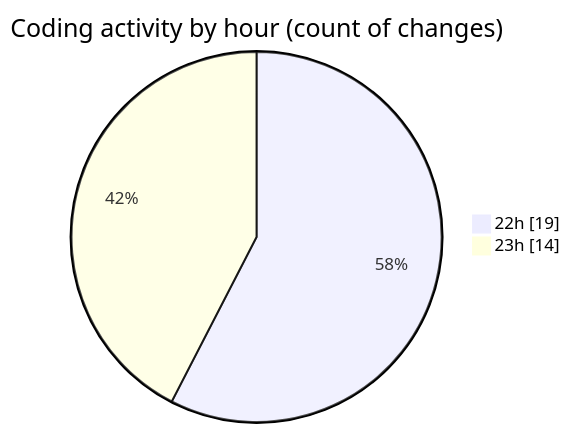
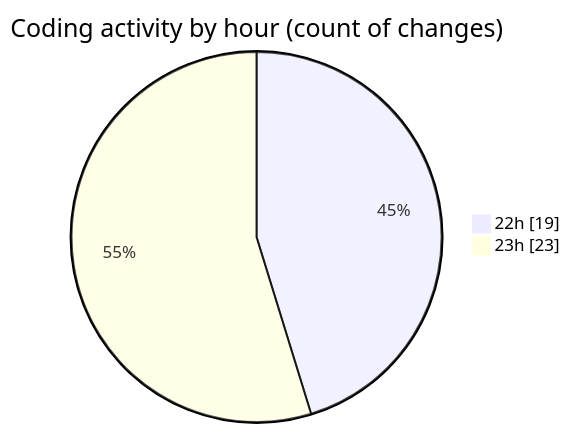
One commit to lephambinh05/code-tracking changed the second of 2 diagrams in 2025-08-20/napxuvn/README.md. Above: the diagram before and after it, drawn with Mermaid. The commit also changed other lines of this file and 1 other file, not shown here.

````diff
--- a/2025-08-20/napxuvn/README.md
+++ b/2025-08-20/napxuvn/README.md
@@ -37,6 +37,6 @@
 ```mermaid
 pie showData
 title Coding activity by hour (count of changes)
 "22h" : 19
-"23h" : 14
+"23h" : 23
 ```
````
